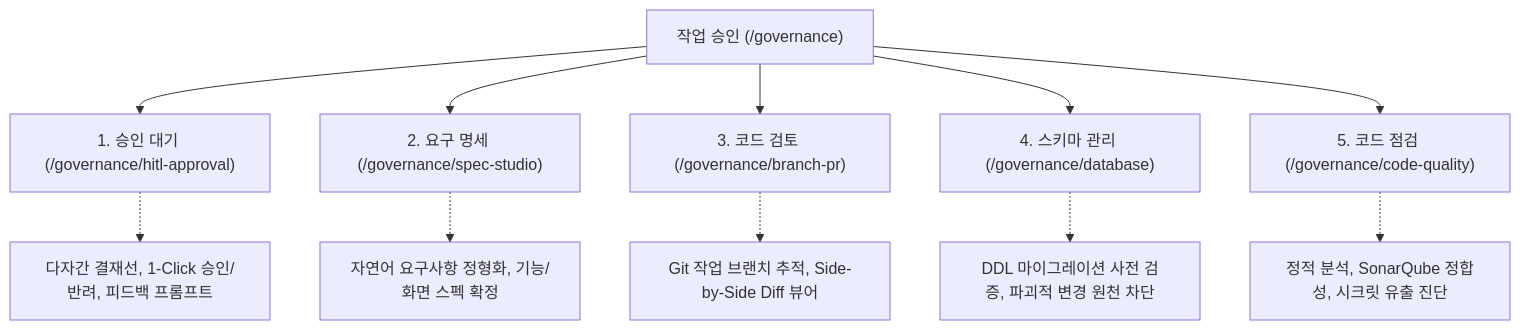
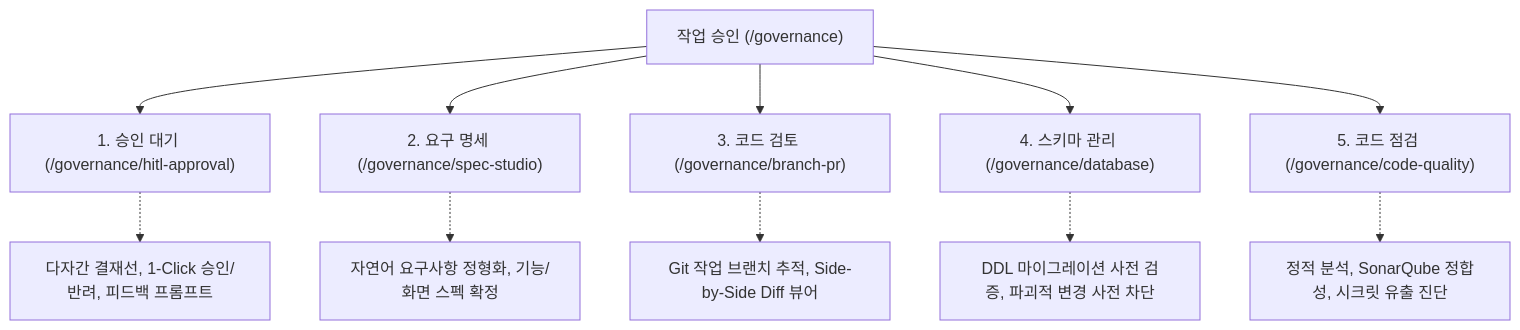
Before and after one commit to DramaticCollaboration/doc.github.io: the diagram in ko/syncverse/hitl-governance.md, drawn with Mermaid. The commit also changed other lines of this file and 45 other files, not shown here.

````diff
--- a/ko/syncverse/hitl-governance.md
+++ b/ko/syncverse/hitl-governance.md
@@ -22,14 +22,14 @@
 ```mermaid
 graph TD
     Gov["작업 승인 (/governance)"] --> V1["1. 승인 대기 (/governance/hitl-approval)"]
     Gov --> V2["2. 요구 명세 (/governance/spec-studio)"]
     Gov --> V3["3. 코드 검토 (/governance/branch-pr)"]
     Gov --> V4["4. 스키마 관리 (/governance/database)"]
     Gov --> V5["5. 코드 점검 (/governance/code-quality)"]
 
     V1 -.-> D1["다자간 결재선, 1-Click 승인/반려, 피드백 프롬프트"]
     V2 -.-> D2["자연어 요구사항 정형화, 기능/화면 스펙 확정"]
     V3 -.-> D3["Git 작업 브랜치 추적, Side-by-Side Diff 뷰어"]
-    V4 -.-> D4["DDL 마이그레이션 사전 검증, 파괴적 변경 원천 차단"]
+    V4 -.-> D4["DDL 마이그레이션 사전 검증, 파괴적 변경 사전 차단"]
     V5 -.-> D5["정적 분석, SonarQube 정합성, 시크릿 유출 진단"]
 ```
````
